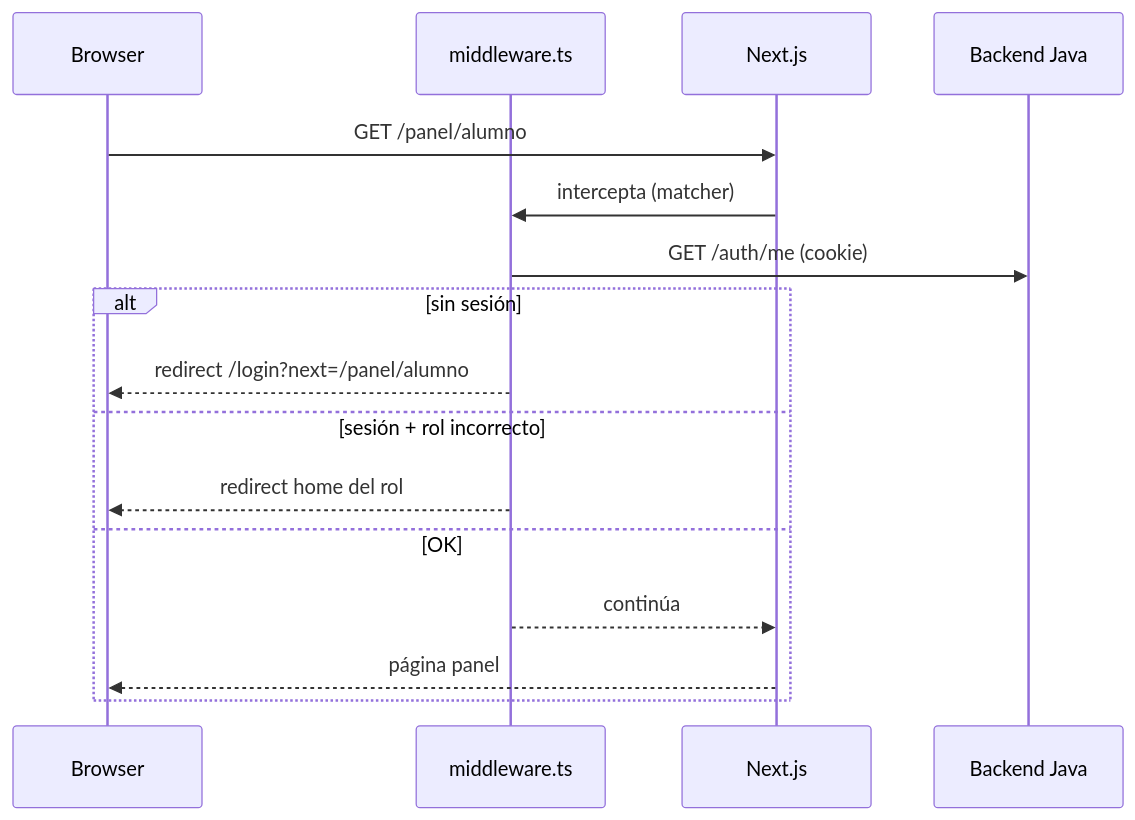
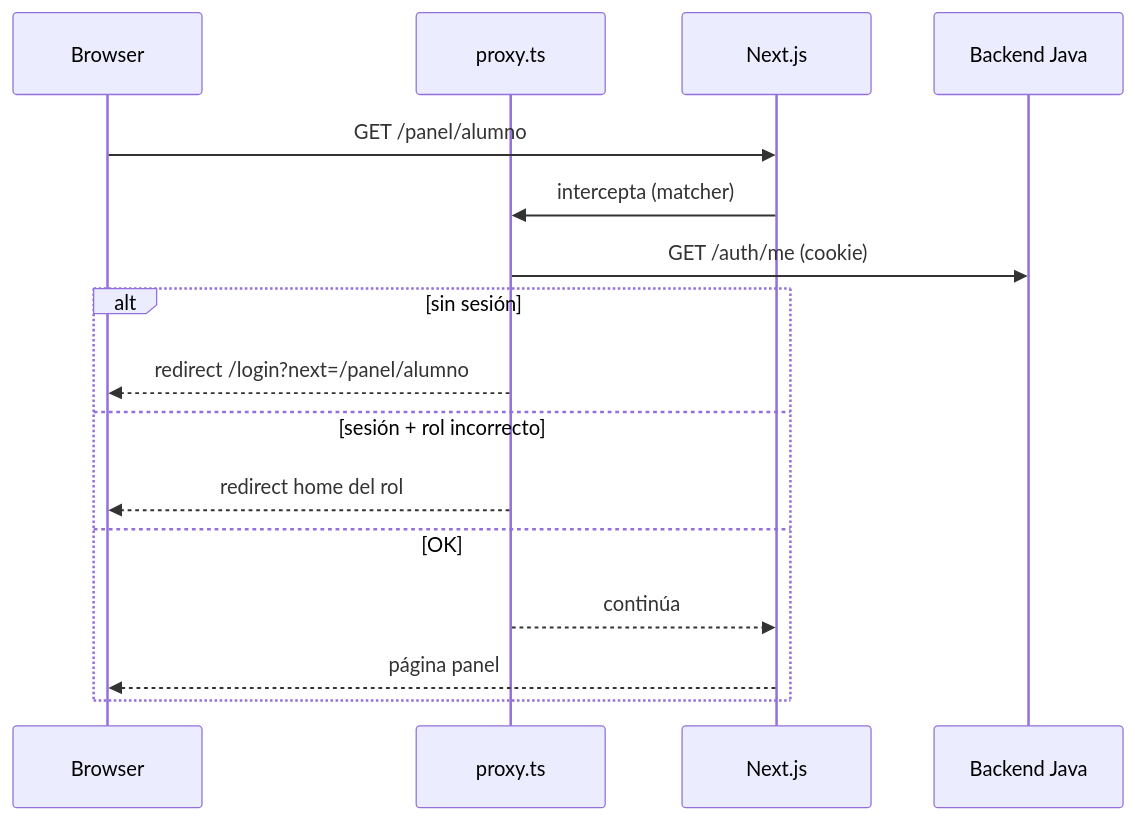
The fifth of 8 diagrams in docs/ARQUITECTURA.md (mariasan001/front-servicio-social), drawn with Mermaid before and after one commit. The commit also changed other lines of this file and 64 other files, not shown here.

First line of the commit message:
feat(quality): harden architecture, tests, and security docs

````diff
--- a/docs/ARQUITECTURA.md
+++ b/docs/ARQUITECTURA.md
@@ -356,19 +356,19 @@
 ```mermaid
 sequenceDiagram
   participant B as Browser
-  participant M as middleware.ts
+  participant P as proxy.ts
   participant N as Next.js
   participant J as Backend Java
 
   B->>N: GET /panel/alumno
-  N->>M: intercepta (matcher)
-  M->>J: GET /auth/me (cookie)
+  N->>P: intercepta (matcher)
+  P->>J: GET /auth/me (cookie)
   alt sin sesión
-    M-->>B: redirect /login?next=/panel/alumno
+    P-->>B: redirect /login?next=/panel/alumno
   else sesión + rol incorrecto
-    M-->>B: redirect home del rol
+    P-->>B: redirect home del rol
   else OK
-    M-->>N: continúa
+    P-->>N: continúa
     N-->>B: página panel
   end
 ```
````
